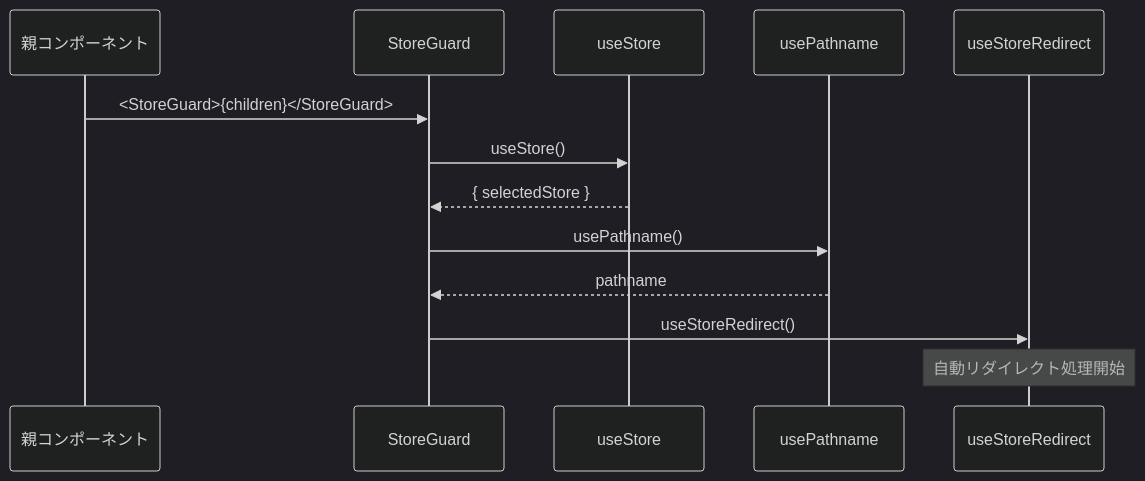
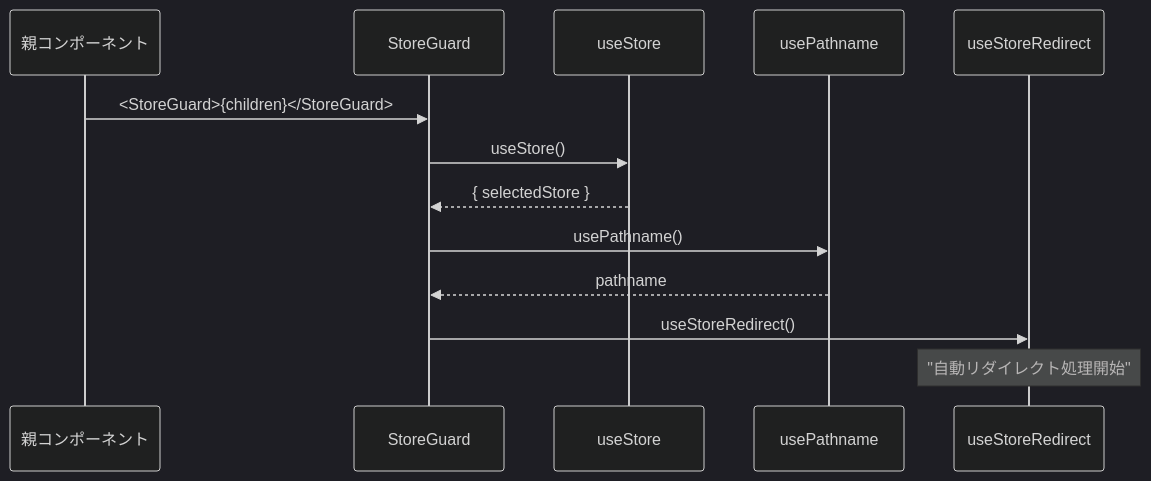
The first of 7 diagrams in document/components/sequence/StoreGuard.md (wasabi49/ocs-systemDevelopmentExercises), drawn with Mermaid (dark theme) before and after one commit. The commit also changed other lines of this file and 42 other files, not shown here.

First line of the commit message:
fix: mermaidシーケンス図のNote over文でダブルクォーテーション不足を修正

````diff
--- a/document/components/sequence/StoreGuard.md
+++ b/document/components/sequence/StoreGuard.md
@@ -8,16 +8,16 @@
 ```mermaid
 sequenceDiagram
     participant Parent as 親コンポーネント
     participant Guard as StoreGuard
     participant Context as useStore
     participant Pathname as usePathname
     participant Hook as useStoreRedirect
 
     Parent->>Guard: <StoreGuard>{children}</StoreGuard>
     Guard->>Context: useStore()
     Context-->>Guard: { selectedStore }
     Guard->>Pathname: usePathname()
     Pathname-->>Guard: pathname
     Guard->>Hook: useStoreRedirect()
-    Note over Hook: 自動リダイレクト処理開始
+    Note over Hook: "自動リダイレクト処理開始"
 ```
````
